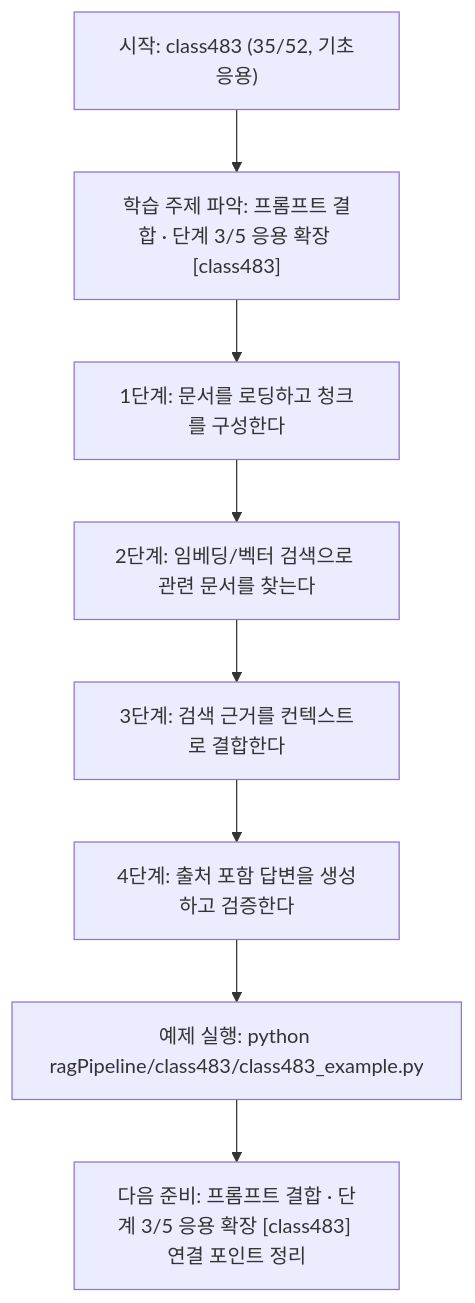
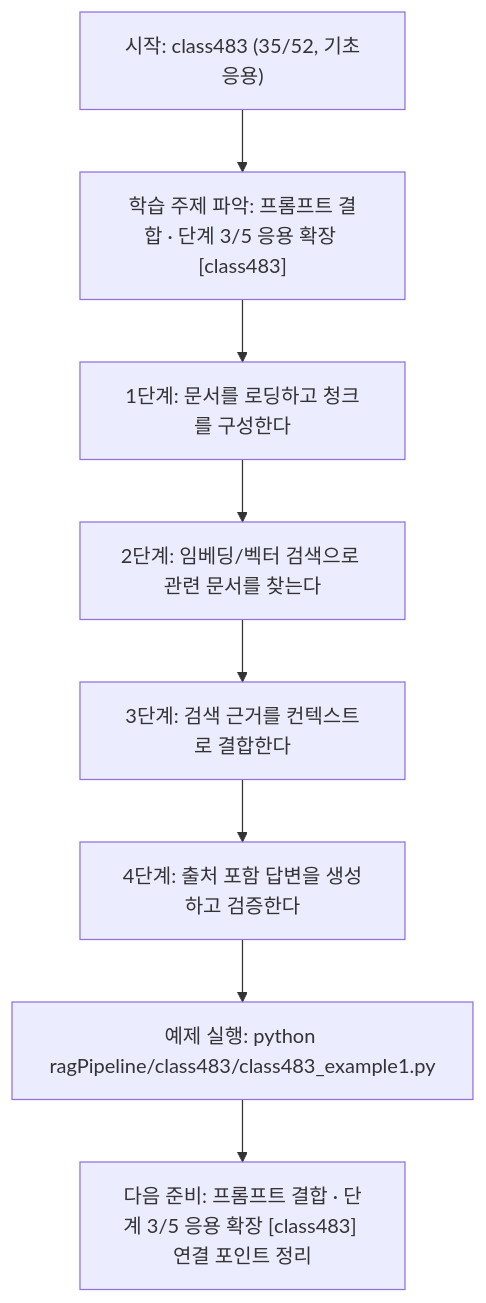
The diagram in ragPipeline/class483/class483.md (edumgt/Python-AI_Agent-Class), drawn with Mermaid before and after one commit. The commit also changed other lines of this file and 2959 other files, not shown here.

````diff
--- a/ragPipeline/class483/class483.md
+++ b/ragPipeline/class483/class483.md
@@ -110,18 +110,18 @@
 ```mermaid
 flowchart TD
 N1["시작: class483 (35/52, 기초응용)"]
 N2["학습 주제 파악: 프롬프트 결합 · 단계 3/5 응용 확장 [class483]"]
 N3["1단계: 문서를 로딩하고 청크를 구성한다"]
 N4["2단계: 임베딩/벡터 검색으로 관련 문서를 찾는다"]
 N5["3단계: 검색 근거를 컨텍스트로 결합한다"]
 N6["4단계: 출처 포함 답변을 생성하고 검증한다"]
-N7["예제 실행: python ragPipeline/class483/class483_example.py"]
+N7["예제 실행: python ragPipeline/class483/class483_example1.py"]
 N8["다음 준비: 프롬프트 결합 · 단계 3/5 응용 확장 [class483] 연결 포인트 정리"]
 N1 --> N2
 N2 --> N3
 N3 --> N4
 N4 --> N5
 N5 --> N6
 N6 --> N7
 N7 --> N8
 ```
````
